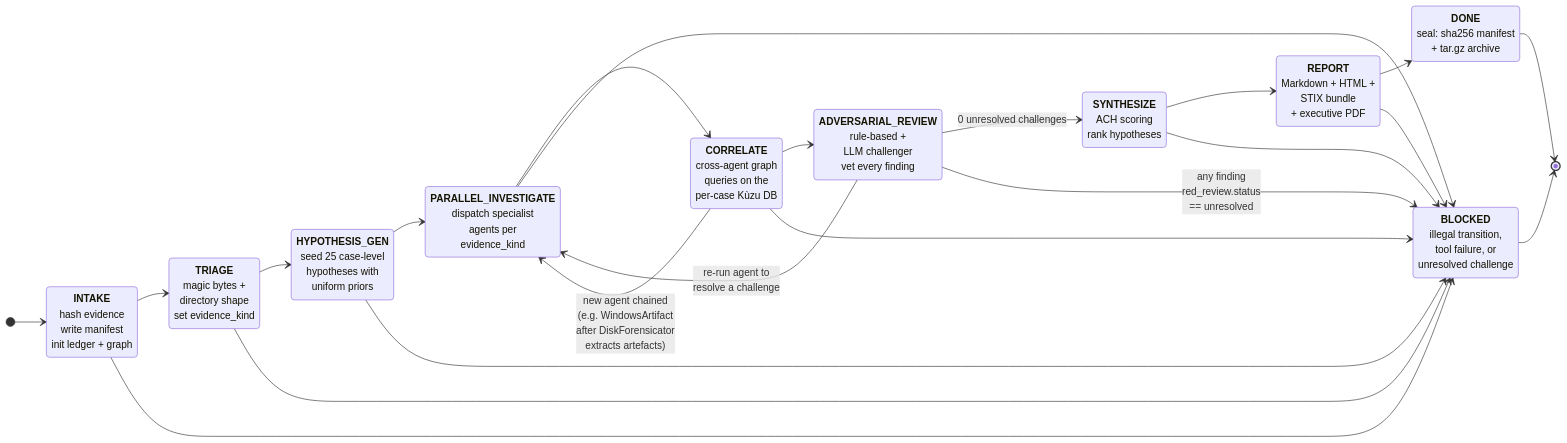
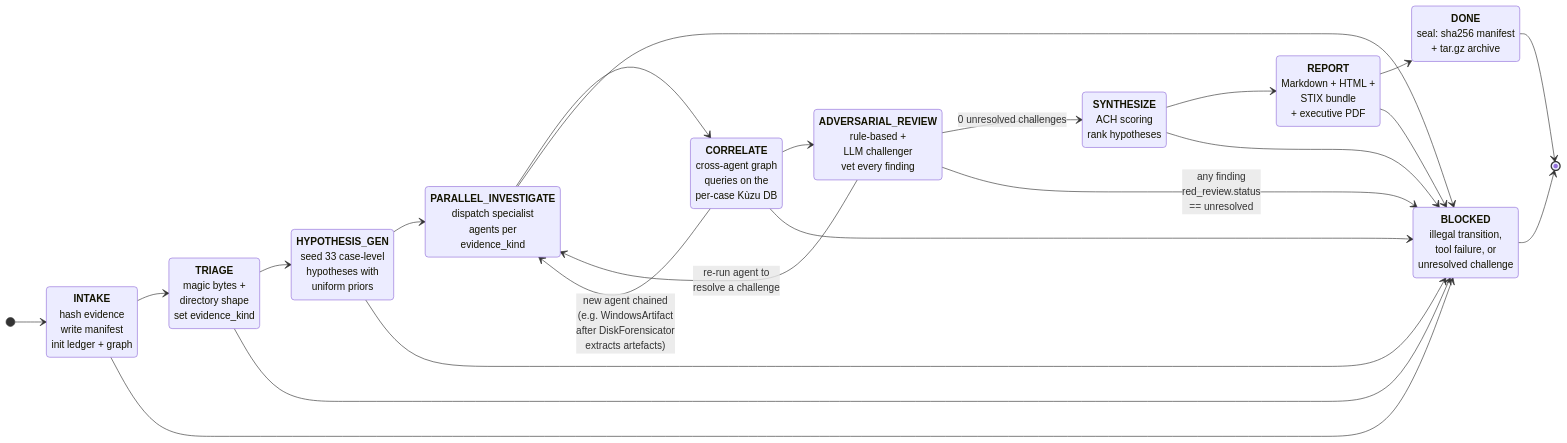
Before and after one commit to threatroute66/EL: the diagram in docs/state-machine.md, drawn with Mermaid. The commit also changed other lines of this file and 5 other files, not shown here.

````diff
--- a/docs/state-machine.md
+++ b/docs/state-machine.md
@@ -18,37 +18,37 @@
 ```mermaid
 stateDiagram-v2
     direction LR
     [*] --> INTAKE
     INTAKE: <b>INTAKE</b><br/>hash evidence<br/>write manifest<br/>init ledger + graph
     TRIAGE: <b>TRIAGE</b><br/>magic bytes +<br/>directory shape<br/>set evidence_kind
-    HYPOTHESIS_GEN: <b>HYPOTHESIS_GEN</b><br/>seed 25 case-level<br/>hypotheses with<br/>uniform priors
+    HYPOTHESIS_GEN: <b>HYPOTHESIS_GEN</b><br/>seed 33 case-level<br/>hypotheses with<br/>uniform priors
     PARALLEL_INVESTIGATE: <b>PARALLEL_INVESTIGATE</b><br/>dispatch specialist<br/>agents per<br/>evidence_kind
     CORRELATE: <b>CORRELATE</b><br/>cross-agent graph<br/>queries on the<br/>per-case Kùzu DB
     ADVERSARIAL_REVIEW: <b>ADVERSARIAL_REVIEW</b><br/>rule-based +<br/>LLM challenger<br/>vet every finding
     SYNTHESIZE: <b>SYNTHESIZE</b><br/>ACH scoring<br/>rank hypotheses
     REPORT: <b>REPORT</b><br/>Markdown + HTML +<br/>STIX bundle<br/>+ executive PDF
     DONE: <b>DONE</b><br/>seal: sha256 manifest<br/>+ tar.gz archive
     BLOCKED: <b>BLOCKED</b><br/>illegal transition,<br/>tool failure, or<br/>unresolved challenge
 
     INTAKE --> TRIAGE
     TRIAGE --> HYPOTHESIS_GEN
     HYPOTHESIS_GEN --> PARALLEL_INVESTIGATE
     PARALLEL_INVESTIGATE --> CORRELATE
     CORRELATE --> ADVERSARIAL_REVIEW
     CORRELATE --> PARALLEL_INVESTIGATE: new agent chained<br/>(e.g. WindowsArtifact<br/>after DiskForensicator<br/>extracts artefacts)
     ADVERSARIAL_REVIEW --> SYNTHESIZE: 0 unresolved challenges
     ADVERSARIAL_REVIEW --> PARALLEL_INVESTIGATE: re-run agent to<br/>resolve a challenge
     SYNTHESIZE --> REPORT
     REPORT --> DONE
     DONE --> [*]
 
     INTAKE --> BLOCKED
     TRIAGE --> BLOCKED
     HYPOTHESIS_GEN --> BLOCKED
     PARALLEL_INVESTIGATE --> BLOCKED
     CORRELATE --> BLOCKED
     ADVERSARIAL_REVIEW --> BLOCKED: any finding<br/>red_review.status<br/>== unresolved
     SYNTHESIZE --> BLOCKED
     REPORT --> BLOCKED
     BLOCKED --> [*]
 ```
````
